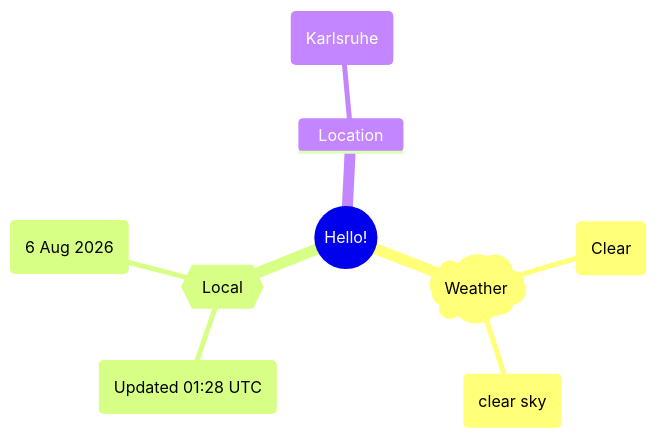
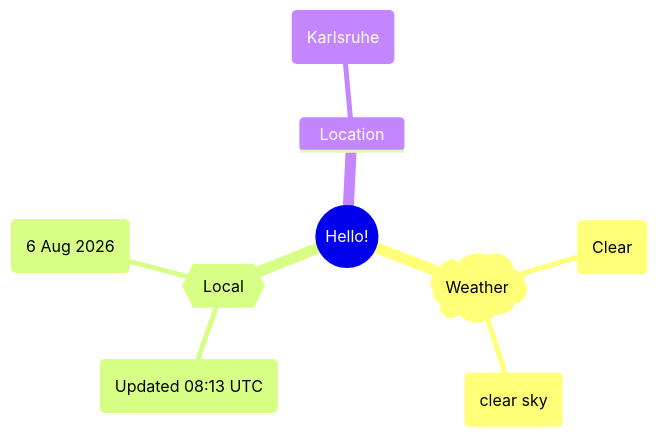
One commit to Xosrov/Xosrov changed the first of 2 diagrams in README.md. Above: the diagram before and after it, drawn with Mermaid.

Commit message:
[bot] updated images

````diff
--- a/README.md
+++ b/README.md
@@ -3,12 +3,12 @@
 ```mermaid
 mindmap
   root((Hello!))
     )Weather(
         (Clear)
         (clear sky)
     {{Local}}
-        (Updated 01:28 UTC)
+        (Updated 08:13 UTC)
         (6 Aug 2026)
     Location
         (Karlsruhe)
 ```
````
